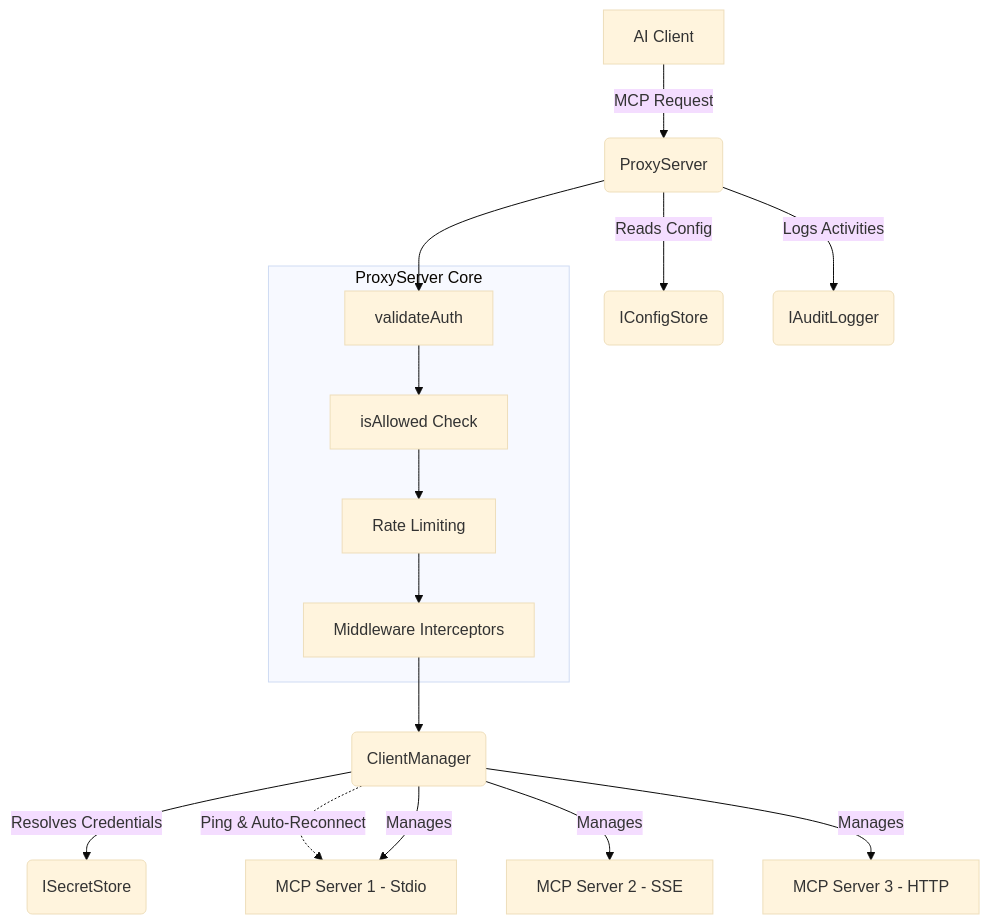
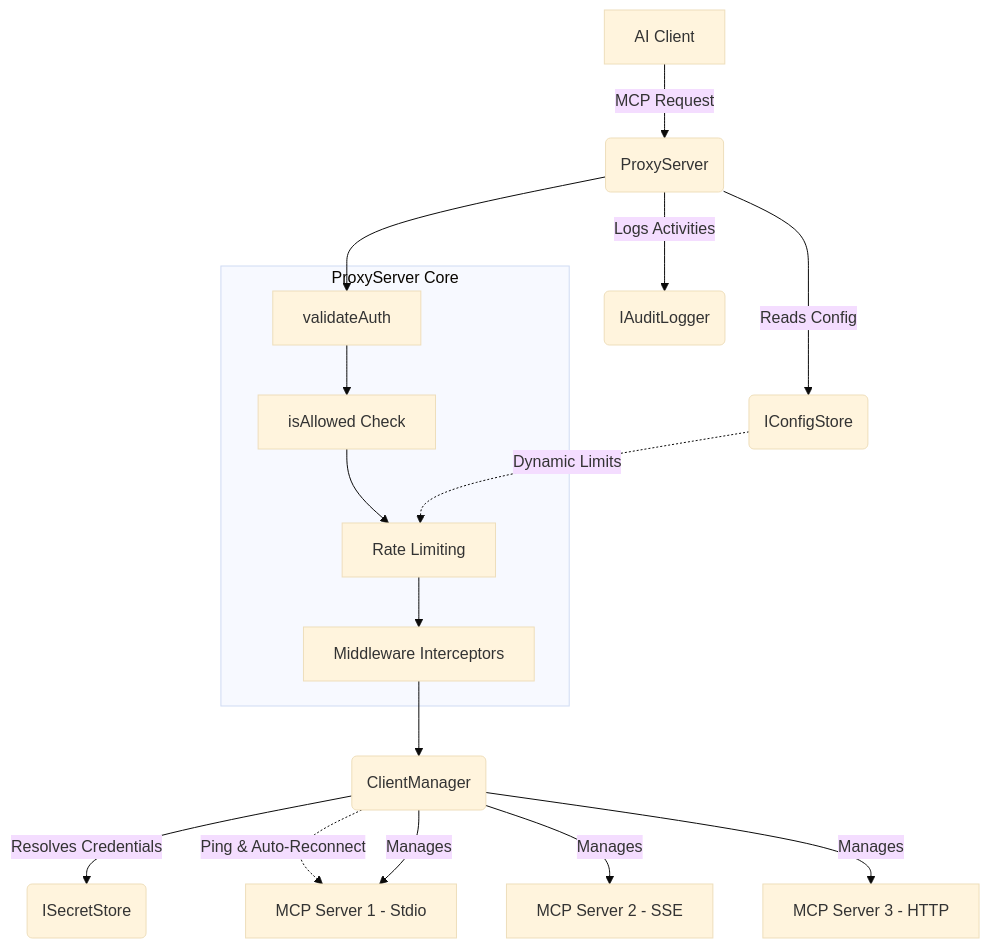
The first of 2 diagrams in ARCHITECTURE.md (Cyber-Sec-Space/aag-core), drawn with Mermaid (base theme) before and after one commit. The commit also changed other lines of this file and 4 other files, not shown here.

````diff
--- a/ARCHITECTURE.md
+++ b/ARCHITECTURE.md
@@ -20,26 +20,27 @@
 ```mermaid
 graph TD
     Client[AI Client] -->|MCP Request| Proxy(ProxyServer)
     
     subgraph ProxyInternal [ProxyServer Core]
         Auth[validateAuth]
         RBAC[isAllowed Check]
         RL[Rate Limiting]
         MW[Middleware Interceptors]
     end
     
     Proxy --> Auth
     Auth --> RBAC
     RBAC --> RL
     RL --> MW
     MW --> CM(ClientManager)
     
     Proxy -->|Reads Config| Config(IConfigStore)
     Proxy -->|Logs Activities| Logger(IAuditLogger)
+    Config -.->|Dynamic Limits| RL
     
     CM -->|Resolves Credentials| Secrets(ISecretStore)
     CM -.->|Ping & Auto-Reconnect| Downstream1
     CM -->|Manages| Downstream1[MCP Server 1 - Stdio]
     CM -->|Manages| Downstream2[MCP Server 2 - SSE]
     CM -->|Manages| Downstream3[MCP Server 3 - HTTP]
 ```
````
